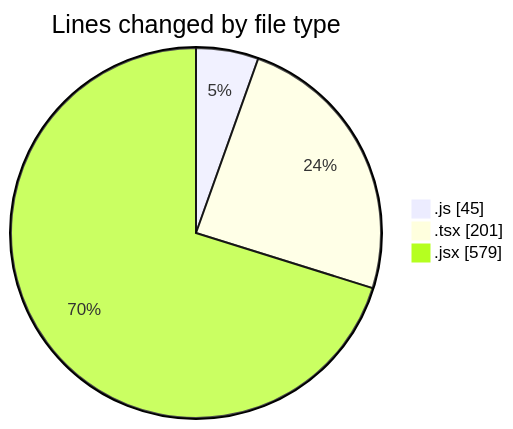
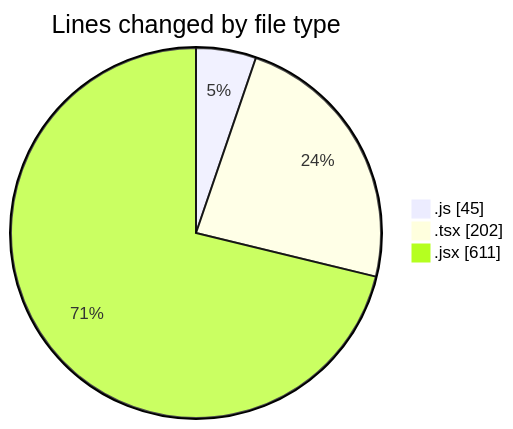
One commit to nxtqubesakshisongat/code-tracking changed the first of 2 diagrams in 2026-01-09/nxtqube_webapp/README.md. Above: the diagram before and after it, drawn with Mermaid. The commit also changed other lines of this file and 1 other file, not shown here.

````diff
--- a/2026-01-09/nxtqube_webapp/README.md
+++ b/2026-01-09/nxtqube_webapp/README.md
@@ -22,7 +23,7 @@
 ```mermaid
 pie showData
 title Lines changed by file type
 ".js" : 45
-".tsx" : 201
-".jsx" : 579
+".tsx" : 202
+".jsx" : 611
 ```
````
